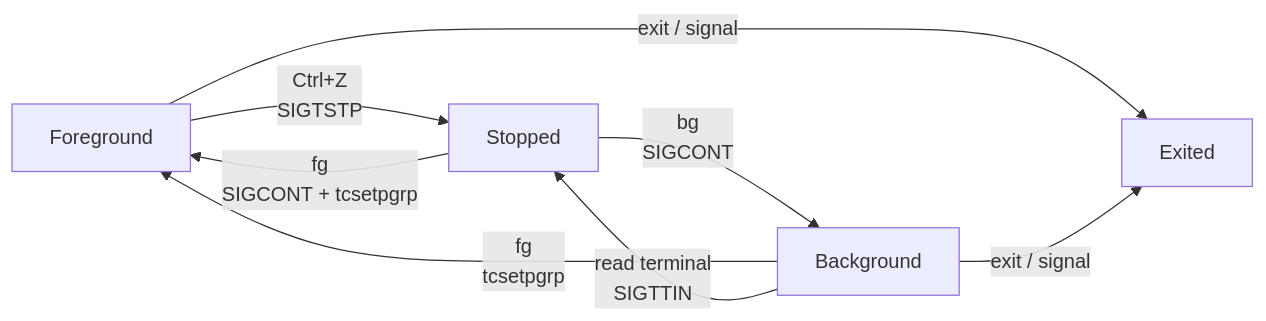
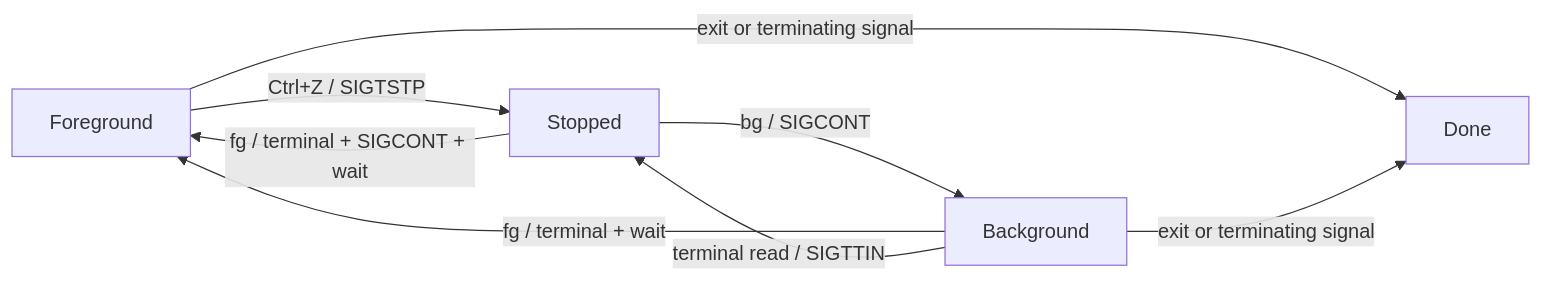
The second of 2 diagrams in course/process/03-process-group.md (lilhammerfun/hands-on-os), drawn with Mermaid before and after one commit. The commit also changed other lines of this file and 44 other files, not shown here.

````diff
--- a/course/process/03-process-group.md
+++ b/course/process/03-process-group.md
@@ -245,14 +135,15 @@
 ```mermaid
 flowchart LR
     FG["Foreground"]
     BG["Background"]
     ST["Stopped"]
+    END["Done"]
 
-    FG -->|"Ctrl+Z<br/>SIGTSTP"| ST
-    ST -->|"fg<br/>SIGCONT + tcsetpgrp"| FG
-    ST -->|"bg<br/>SIGCONT"| BG
-    BG -->|"fg<br/>tcsetpgrp"| FG
-    FG -->|"exit / signal"| END["Exited"]
-    BG -->|"exit / signal"| END
-    BG -->|"read terminal<br/>SIGTTIN"| ST
+    FG -->|"Ctrl+Z / SIGTSTP"| ST
+    ST -->|"fg / terminal + SIGCONT + wait"| FG
+    ST -->|"bg / SIGCONT"| BG
+    BG -->|"fg / terminal + wait"| FG
+    BG -->|"terminal read / SIGTTIN"| ST
+    FG -->|"exit or terminating signal"| END
+    BG -->|"exit or terminating signal"| END
 ```
````
